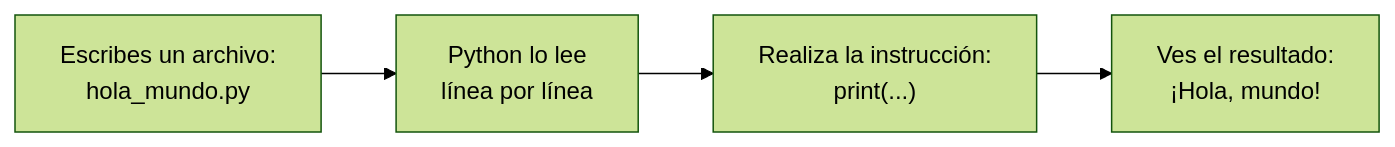
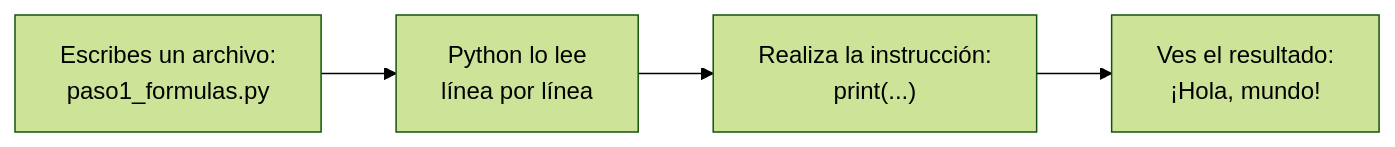
Before and after one commit to BenjaminGhiggo/aprendiendo-ddd-con-python-y-fastapi: the first of 2 diagrams in lecciones/00-que-es-ejecutar-un-programa/README.md, drawn with Mermaid (forest theme). The commit also changed other lines of this file and 21 other files, not shown here.

````diff
--- a/lecciones/00-que-es-ejecutar-un-programa/README.md
+++ b/lecciones/00-que-es-ejecutar-un-programa/README.md
@@ -63,6 +82,6 @@
 ```mermaid
 flowchart LR
-    A["Escribes un archivo:<br/>hola_mundo.py"] --> B["Python lo lee<br/>línea por línea"]
+    A["Escribes un archivo:<br/>paso1_formulas.py"] --> B["Python lo lee<br/>línea por línea"]
     B --> C["Realiza la instrucción:<br/>print(...)"]
     C --> D["Ves el resultado:<br/>¡Hola, mundo!"]
 ```
````
